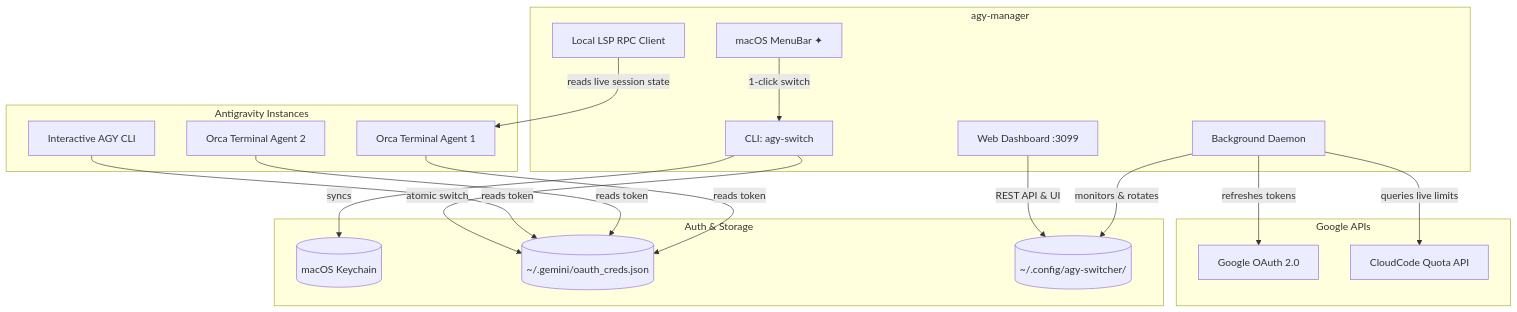
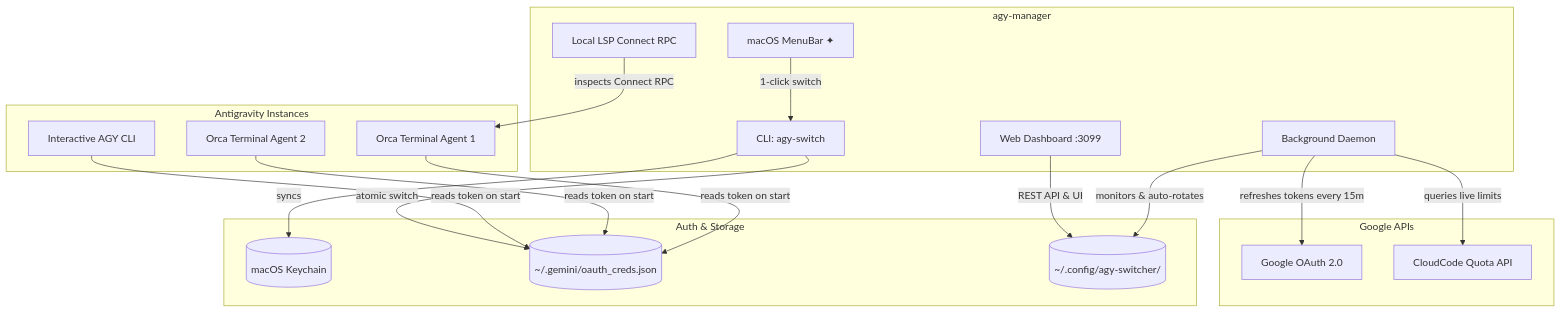
The diagram in README.md (mkmlabs-ai/antigravity-license-manager), drawn with Mermaid before and after one commit. The commit also changed other lines of this file, not shown here.

Commit message:
docs: enrich documentation with MenuBar, Web UI, Connect RPC, and scoring details

````diff
--- a/README.md
+++ b/README.md
@@ -26,41 +27,41 @@
 ```mermaid
 flowchart TD
     subgraph Antigravity Instances
         A1[Orca Terminal Agent 1]
         A2[Orca Terminal Agent 2]
         A3[Interactive AGY CLI]
     end
 
     subgraph Orchestrator Hub [agy-manager]
         CLI[CLI: agy-switch]
         WEB[Web Dashboard :3099]
         BAR[macOS MenuBar ✦]
         DAEMON[Background Daemon]
-        LSP[Local LSP RPC Client]
+        LSP[Local LSP Connect RPC]
     end
 
     subgraph Auth & Storage
         KC[(macOS Keychain)]
         GEMINI[(~/.gemini/oauth_creds.json)]
         STORE[(~/.config/agy-switcher/)]
     end
 
     subgraph Google APIs
         G_AUTH[Google OAuth 2.0]
         G_QUOTA[CloudCode Quota API]
     end
 
-    A1 -->|reads token| GEMINI
-    A2 -->|reads token| GEMINI
-    A3 -->|reads token| GEMINI
+    A1 -->|reads token on start| GEMINI
+    A2 -->|reads token on start| GEMINI
+    A3 -->|reads token on start| GEMINI
 
-    DAEMON -->|monitors & rotates| STORE
-    DAEMON -->|refreshes tokens| G_AUTH
+    DAEMON -->|monitors & auto-rotates| STORE
+    DAEMON -->|refreshes tokens every 15m| G_AUTH
     DAEMON -->|queries live limits| G_QUOTA
-    LSP -->|reads live session state| A1
+    LSP -->|inspects Connect RPC| A1
 
     CLI -->|atomic switch| GEMINI
     CLI -->|syncs| KC
     WEB -->|REST API & UI| STORE
     BAR -->|1-click switch| CLI
 ```
````
